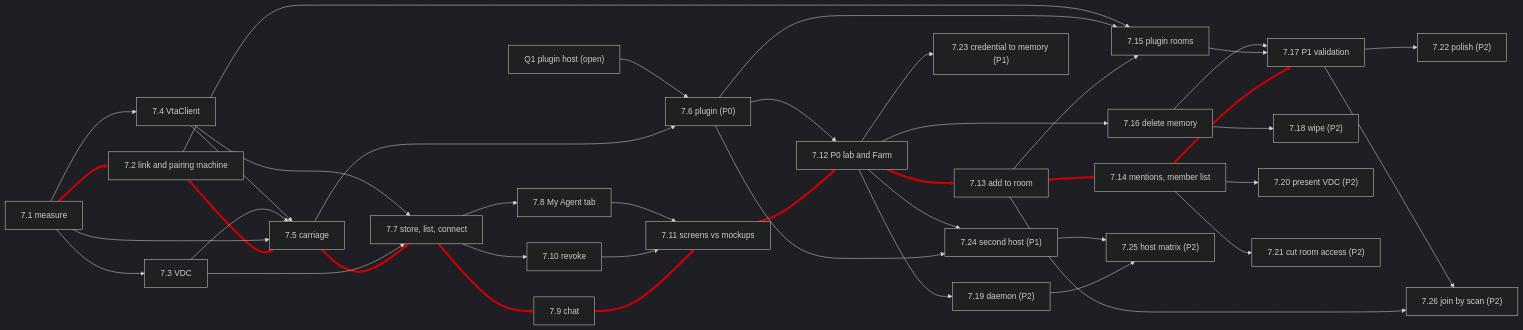
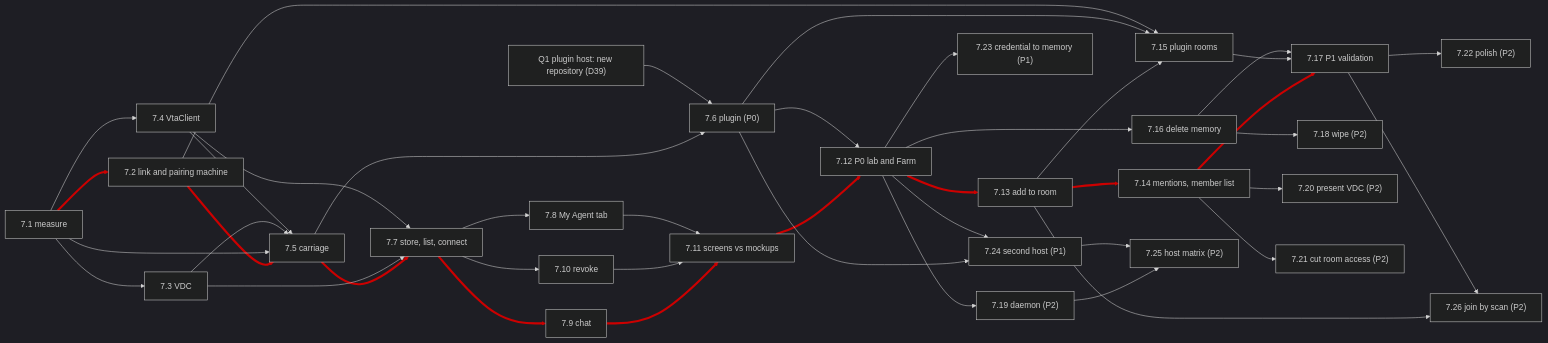
Before and after one commit to berkmancenter/keyring-wallet: the fourth of 4 diagrams in docs/plans/agent-connect-plan.md, drawn with Mermaid (dark theme). The commit also changed other lines of this file and 1 other file, not shown here.

First line of the commit message:
docs(plans): agent connect, the plugin lives in a new repository (D39) and reuses vta-mcp (D40)

````diff
--- a/docs/plans/agent-connect-plan.md
+++ b/docs/plans/agent-connect-plan.md
@@ -1017,72 +1020,72 @@
 ```mermaid
 flowchart LR
-  Q1["Q1 plugin host (open)"]
+  Q1["Q1 plugin host: new repository (D39)"]
   p1["7.1 measure"]
   p2["7.2 link and pairing machine"]
   p3["7.3 VDC"]
   p4["7.4 VtaClient"]
   p5["7.5 carriage"]
   p6["7.6 plugin (P0)"]
   p7["7.7 store, list, connect"]
   p8["7.8 My Agent tab"]
   p9["7.9 chat"]
   p10["7.10 revoke"]
   p11["7.11 screens vs mockups"]
   p12["7.12 P0 lab and Farm"]
   p13["7.13 add to room"]
   p14["7.14 mentions, member list"]
   p15["7.15 plugin rooms"]
   p16["7.16 delete memory"]
   p17["7.17 P1 validation"]
   p18["7.18 wipe (P2)"]
   p19["7.19 daemon (P2)"]
   p20["7.20 present VDC (P2)"]
   p21["7.21 cut room access (P2)"]
   p22["7.22 polish (P2)"]
   p23["7.23 credential to memory (P1)"]
   p24["7.24 second host (P1)"]
   p25["7.25 host matrix (P2)"]
   p26["7.26 join by scan (P2)"]
   p1 --> p2
   p2 --> p5
   p5 --> p7
   p7 --> p9
   p9 --> p11
   p11 --> p12
   p3 --> p7
   p4 --> p7
   p7 --> p10
   p10 --> p11
   p8 --> p11
   p5 --> p6
   p6 --> p12
   Q1 --> p6
   p12 --> p13
   p13 --> p14
   p13 --> p15
   p6 --> p15
   p12 --> p16
   p14 --> p17
   p15 --> p17
   p16 --> p17
   p16 --> p18
   p14 --> p20
   p14 --> p21
   p17 --> p22
   p12 --> p19
   p1 --> p5
   p1 --> p3
   p1 --> p4
   p7 --> p8
   p3 --> p5
   p4 --> p5
   p2 --> p15
   p12 --> p23
   p6 --> p24
   p12 --> p24
   p19 --> p25
   p24 --> p25
   p13 --> p26
   p17 --> p26
   linkStyle 0,1,2,3,4,5,14,15,19 stroke:#c00,stroke-width:4px
 ```
````
